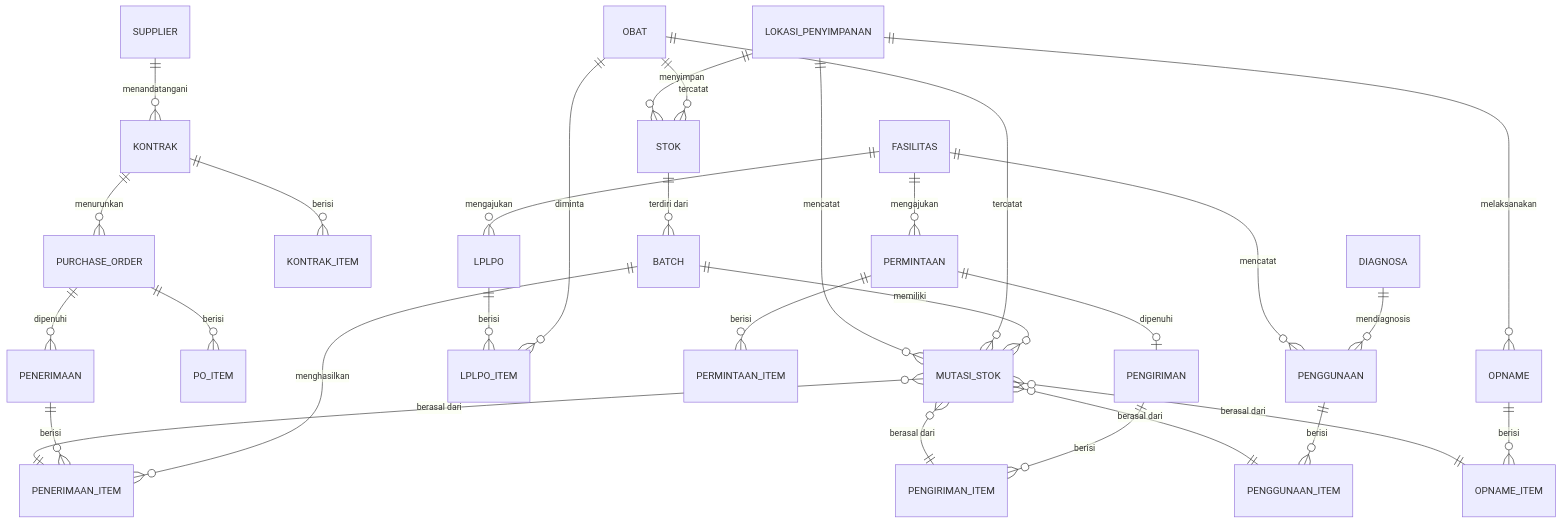
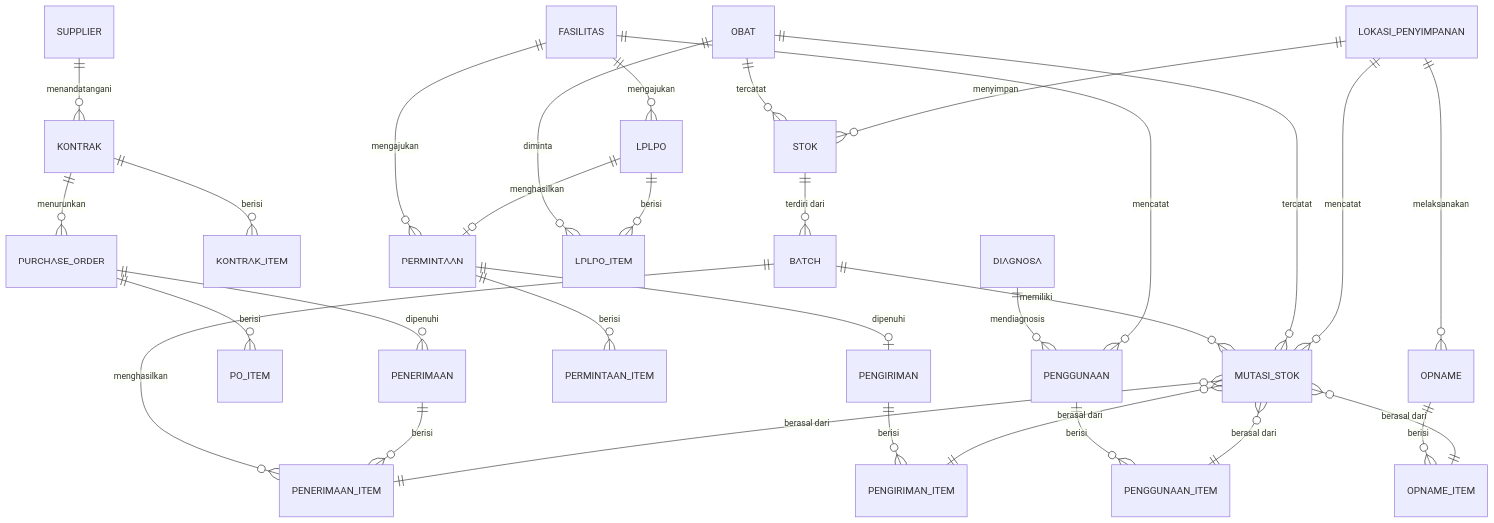
Before and after one commit to enginermagang-hue/dinkes: the second of 4 diagrams in docs/DATA-MODEL.md, drawn with Mermaid. The commit also changed other lines of this file and 13 other files, not shown here.

First line of the commit message:
docs: sync PRD, data model, API contract, and diagrams

````diff
--- a/docs/DATA-MODEL.md
+++ b/docs/DATA-MODEL.md
@@ -62,32 +63,33 @@
 ```mermaid
 erDiagram
     LOKASI_PENYIMPANAN ||--o{ STOK : "menyimpan"
     OBAT ||--o{ STOK : "tercatat"
     STOK ||--o{ BATCH : "terdiri dari"
     LOKASI_PENYIMPANAN ||--o{ MUTASI_STOK : "mencatat"
     OBAT ||--o{ MUTASI_STOK : "tercatat"
     BATCH ||--o{ MUTASI_STOK : "memiliki"
     MUTASI_STOK }o--|| PENERIMAAN_ITEM : "berasal dari"
     MUTASI_STOK }o--|| PENGIRIMAN_ITEM : "berasal dari"
     MUTASI_STOK }o--|| PENGGUNAAN_ITEM : "berasal dari"
     MUTASI_STOK }o--|| OPNAME_ITEM : "berasal dari"
     SUPPLIER ||--o{ KONTRAK : "menandatangani"
     KONTRAK ||--o{ KONTRAK_ITEM : "berisi"
     KONTRAK ||--o{ PURCHASE_ORDER : "menurunkan"
     PURCHASE_ORDER ||--o{ PO_ITEM : "berisi"
     PURCHASE_ORDER ||--o{ PENERIMAAN : "dipenuhi"
     PENERIMAAN ||--o{ PENERIMAAN_ITEM : "berisi"
     PENERIMAAN_ITEM }o--|| BATCH : "menghasilkan"
     FASILITAS ||--o{ LPLPO : "mengajukan"
     LPLPO ||--o{ LPLPO_ITEM : "berisi"
     OBAT ||--o{ LPLPO_ITEM : "diminta"
+    LPLPO ||--o| PERMINTAAN : "menghasilkan"
     FASILITAS ||--o{ PERMINTAAN : "mengajukan"
     PERMINTAAN ||--o{ PERMINTAAN_ITEM : "berisi"
     PERMINTAAN ||--o| PENGIRIMAN : "dipenuhi"
     PENGIRIMAN ||--o{ PENGIRIMAN_ITEM : "berisi"
     LOKASI_PENYIMPANAN ||--o{ OPNAME : "melaksanakan"
     OPNAME ||--o{ OPNAME_ITEM : "berisi"
     FASILITAS ||--o{ PENGGUNAAN : "mencatat"
     PENGGUNAAN ||--o{ PENGGUNAAN_ITEM : "berisi"
     DIAGNOSA ||--o{ PENGGUNAAN : "mendiagnosis"
 ```
````
